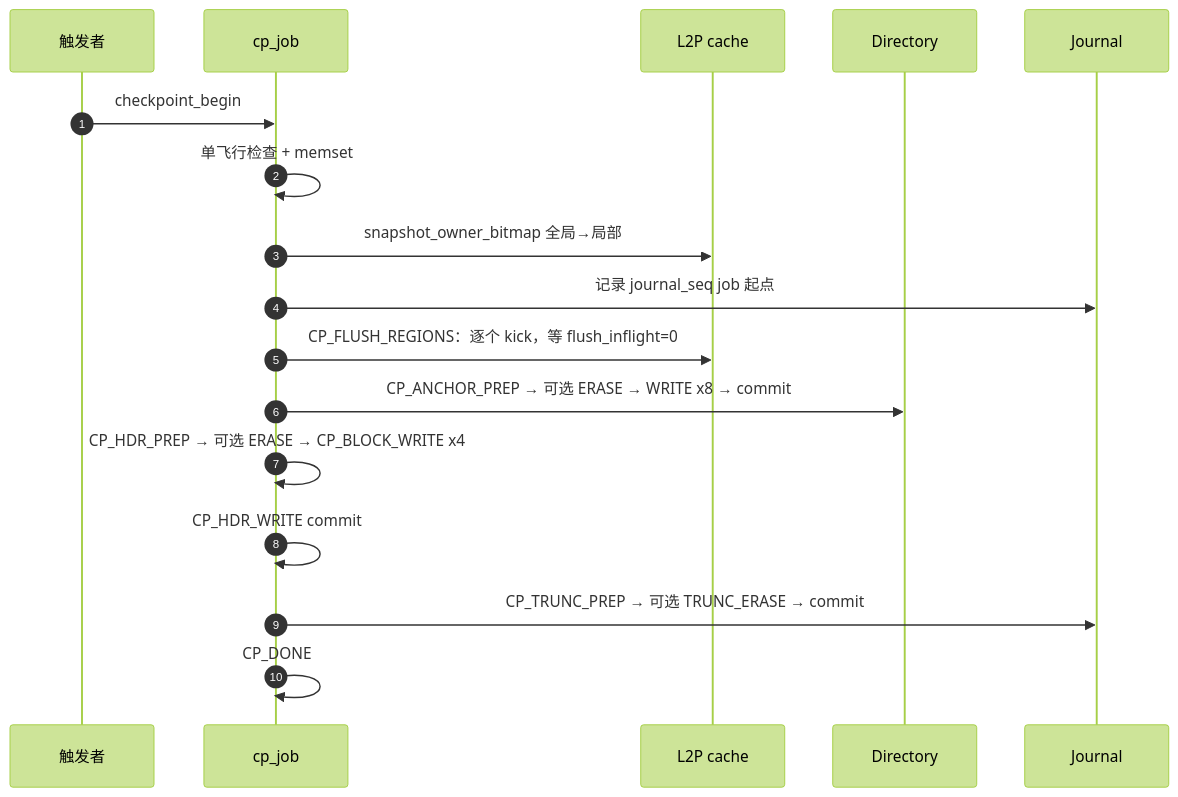
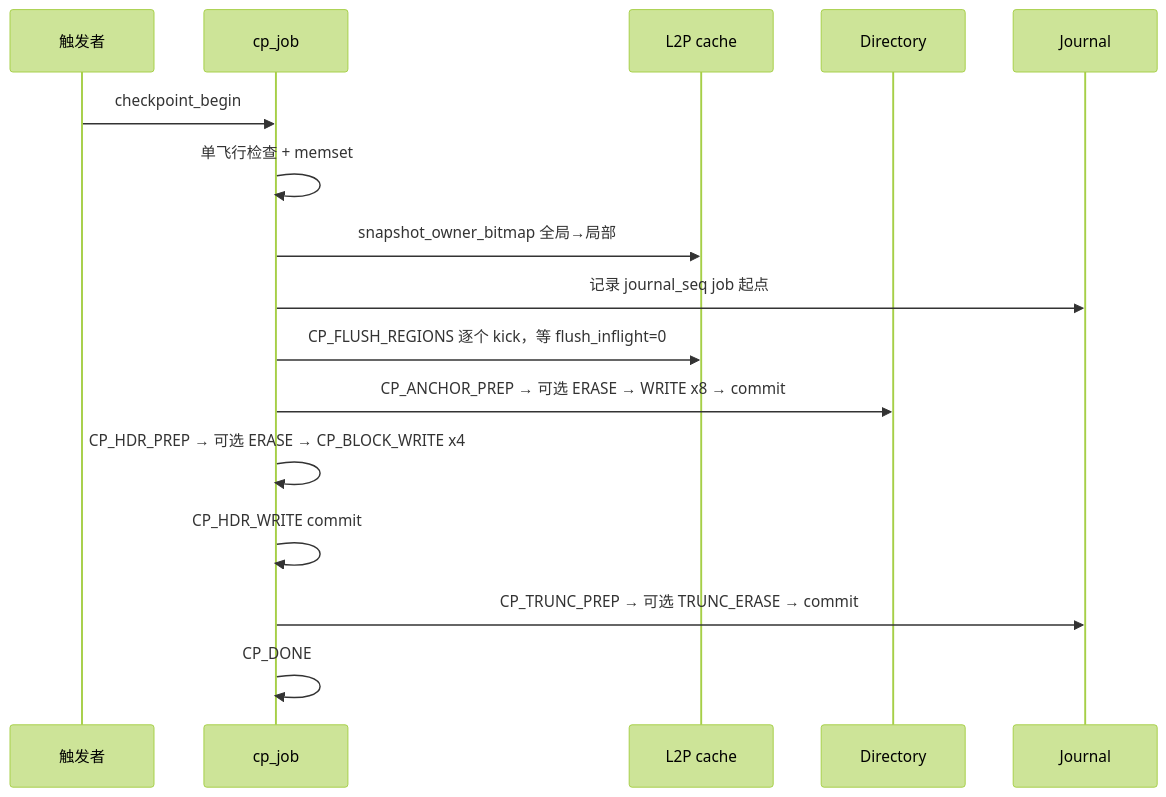
Diagram 25 of 28 in docs/design/ftl_design.md (YzYMIAO/BASESSD), drawn with Mermaid (forest theme) before and after one commit. The commit also changed other lines of this file, not shown here.

First line of the commit message:
docs(ftl): 补充推荐阅读顺序并清理 mermaid 序列图

````diff
--- a/docs/design/ftl_design.md
+++ b/docs/design/ftl_design.md
@@ -3029,20 +3060,19 @@
 ```mermaid
 sequenceDiagram
-    autonumber
     participant T as 触发者
     participant CP as cp_job
     participant L as L2P cache
     participant D as Directory
     participant J as Journal
 
     T->>CP: checkpoint_begin
     CP->>CP: 单飞行检查 + memset
     CP->>L: snapshot_owner_bitmap 全局→局部
     CP->>J: 记录 journal_seq job 起点
-    CP->>L: CP_FLUSH_REGIONS：逐个 kick，等 flush_inflight=0
+    CP->>L: CP_FLUSH_REGIONS 逐个 kick，等 flush_inflight=0
     CP->>D: CP_ANCHOR_PREP → 可选 ERASE → WRITE x8 → commit
     CP->>CP: CP_HDR_PREP → 可选 ERASE → CP_BLOCK_WRITE x4
     CP->>CP: CP_HDR_WRITE commit
     CP->>J: CP_TRUNC_PREP → 可选 TRUNC_ERASE → commit
     CP->>CP: CP_DONE
 ```
````
